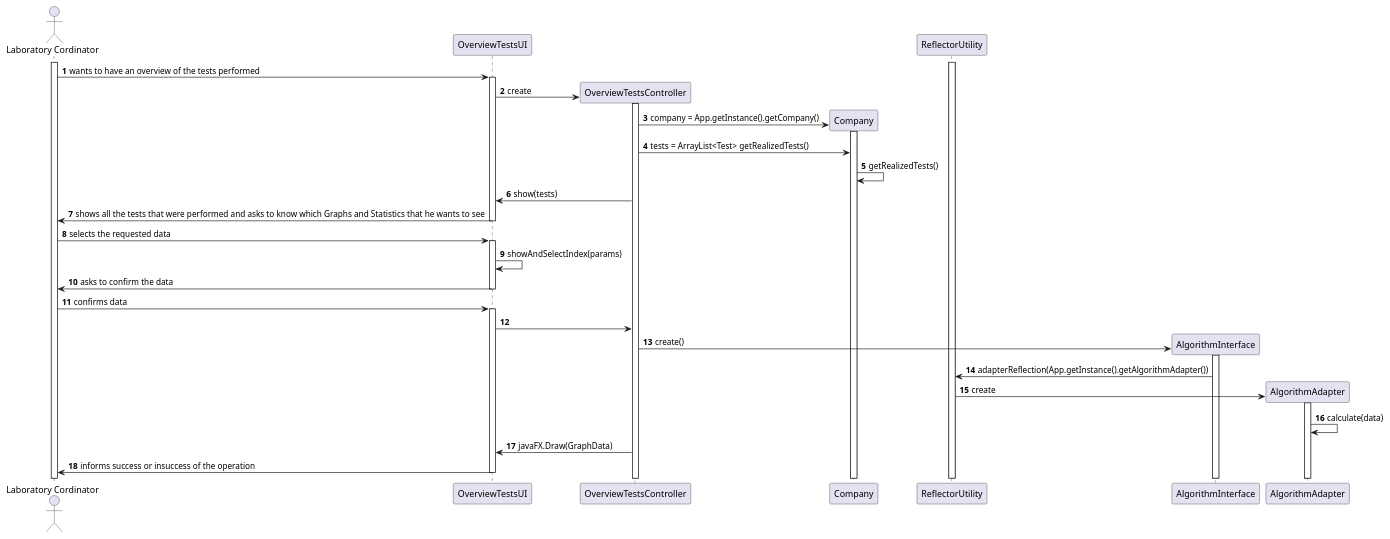
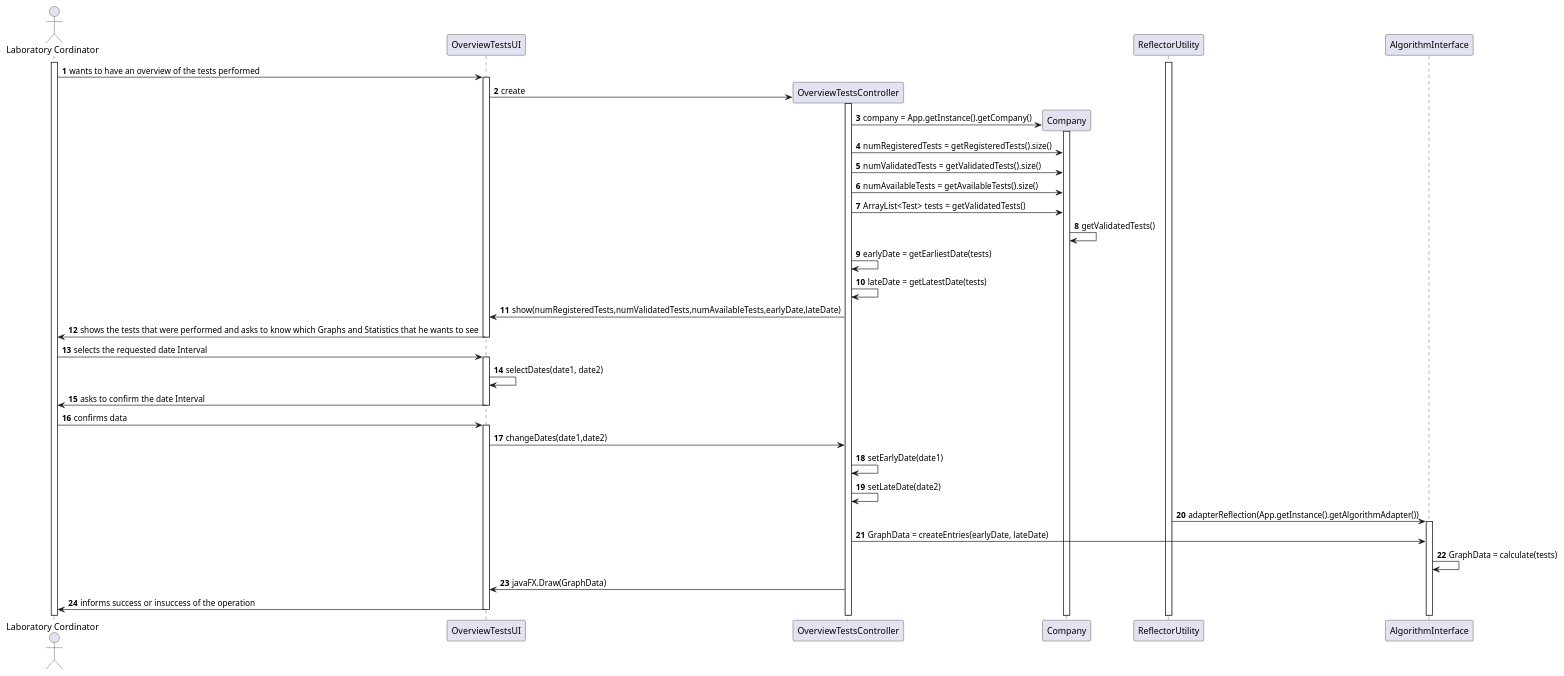
Before and after one commit to jsmarques98/LAPR2-ISEP: the diagram in docs/SprintD/US16/US16_SD.puml, drawn with PlantUML. The commit also changed 16 other files, not shown here.

```diff
--- a/docs/SprintD/US16/US16_SD.puml
+++ b/docs/SprintD/US16/US16_SD.puml
@@ -1,64 +1,73 @@
 @startuml
 'https://plantuml.com/sequence-diagram
 
 autonumber
 
 actor  "Laboratory Cordinator" as LC
 
 participant OverviewTestsUI
 
 participant OverviewTestsController
 participant Company
 participant ReflectorUtility
+participant AlgorithmInterface
 activate ReflectorUtility
 
 activate LC
 
 
 LC -> OverviewTestsUI: wants to have an overview of the tests performed
 activate OverviewTestsUI
 
 OverviewTestsUI -> OverviewTestsController ** : create
 activate OverviewTestsController
 
 OverviewTestsController -> Company ** : company = App.getInstance().getCompany()
 activate Company
 
-OverviewTestsController -> Company : tests = ArrayList<Test> getRealizedTests()
-Company -> Company : getRealizedTests()
+OverviewTestsController -> Company : numRegisteredTests = getRegisteredTests().size()
+OverviewTestsController -> Company : numValidatedTests = getValidatedTests().size()
+OverviewTestsController -> Company : numAvailableTests = getAvailableTests().size()
+OverviewTestsController -> Company : ArrayList<Test> tests = getValidatedTests()
+Company -> Company : getValidatedTests()
 
+OverviewTestsController -> OverviewTestsController : earlyDate = getEarliestDate(tests)
+OverviewTestsController -> OverviewTestsController : lateDate = getLatestDate(tests)
 
-OverviewTestsUI <- OverviewTestsController : show(tests)
+OverviewTestsUI <- OverviewTestsController : show(numRegisteredTests,numValidatedTests,numAvailableTests,earlyDate,lateDate)
 
-OverviewTestsUI -> LC: shows all the tests that were performed and asks to know which Graphs and Statistics that he wants to see
+OverviewTestsUI -> LC: shows the tests that were performed and asks to know which Graphs and Statistics that he wants to see
 
 
 deactivate OverviewTestsUI
 
-LC -> OverviewTestsUI: selects the requested data
+LC -> OverviewTestsUI: selects the requested date Interval
 
 activate OverviewTestsUI
 
-OverviewTestsUI -> OverviewTestsUI : showAndSelectIndex(params)
+OverviewTestsUI -> OverviewTestsUI : selectDates(date1, date2)
 
-OverviewTestsUI -> LC: asks to confirm the data
+OverviewTestsUI -> LC: asks to confirm the date Interval
 
 deactivate OverviewTestsUI
 
 LC -> OverviewTestsUI: confirms data
+activate OverviewTestsUI
 
-activate OverviewTestsUI
-OverviewTestsUI -> OverviewTestsController
+OverviewTestsUI -> OverviewTestsController : changeDates(date1,date2)
 
-OverviewTestsController -> AlgorithmInterface ** : create()
+OverviewTestsController -> OverviewTestsController : setEarlyDate(date1)
+OverviewTestsController -> OverviewTestsController : setLateDate(date2)
+
+ReflectorUtility -> AlgorithmInterface  : adapterReflection(App.getInstance().getAlgorithmAdapter())
 activate AlgorithmInterface
-AlgorithmInterface -> ReflectorUtility : adapterReflection(App.getInstance().getAlgorithmAdapter())
-ReflectorUtility -> AlgorithmAdapter ** : create
-activate AlgorithmAdapter
-AlgorithmAdapter -> AlgorithmAdapter : calculate(data)
+OverviewTestsController -> AlgorithmInterface : GraphData = createEntries(earlyDate, lateDate)
+
+
+AlgorithmInterface -> AlgorithmInterface : GraphData = calculate(tests)
 OverviewTestsUI <- OverviewTestsController : javaFX.Draw(GraphData)
 OverviewTestsUI -> LC: informs success or insuccess of the operation
 
 deactivate OverviewTestsUI
 
 @enduml
```
